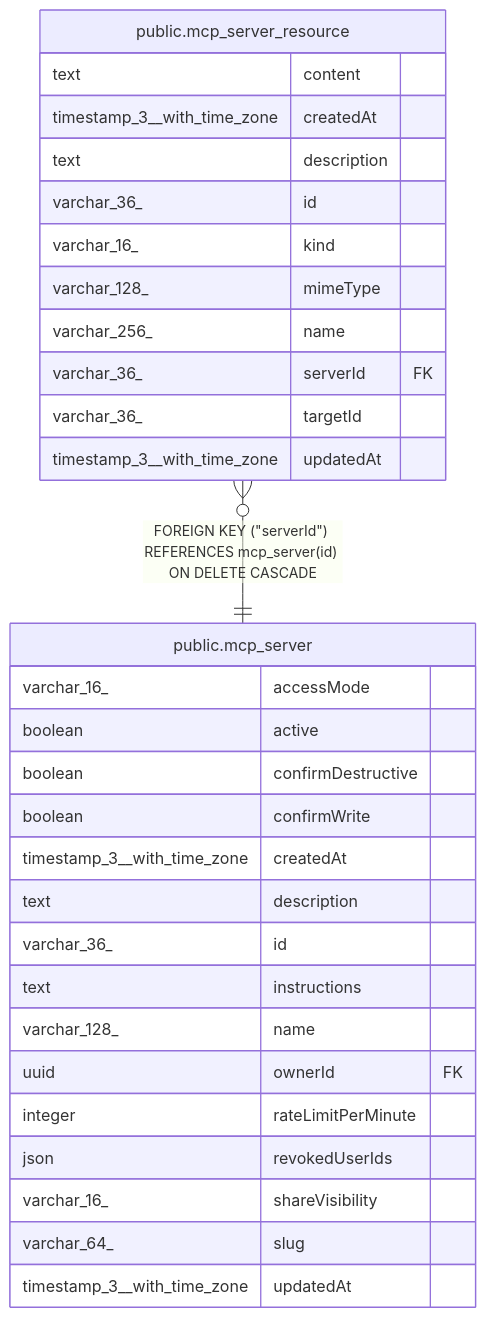
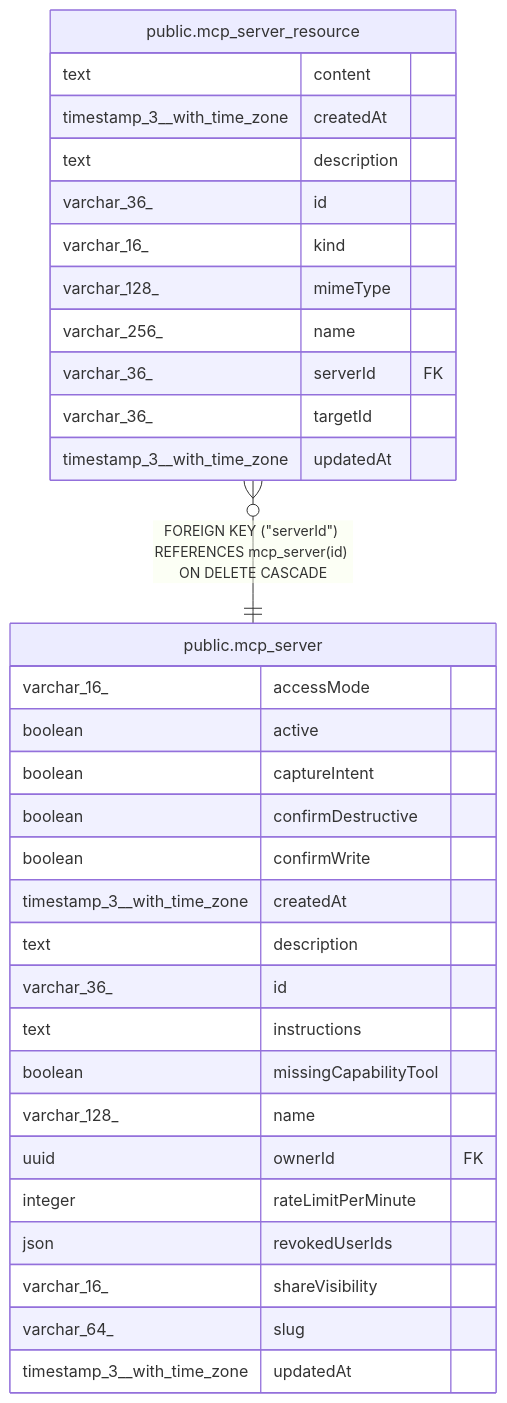
The diagram in docs/generated/postgres-schema/public.mcp_server_resource.md (Kimou-VM/n8n), drawn with Mermaid before and after one commit. The commit also changed 27 other files, not shown here.

Commit message:
feat(core): Add call reason, missing tool requests and sessions to MCP servers (no-changelog)

````diff
--- a/docs/generated/postgres-schema/public.mcp_server_resource.md
+++ b/docs/generated/postgres-schema/public.mcp_server_resource.md
@@ -42,35 +42,37 @@
 ```mermaid
 erDiagram
 
 "public.mcp_server_resource" }o--|| "public.mcp_server" : "FOREIGN KEY (#quot;serverId#quot;) REFERENCES mcp_server(id) ON DELETE CASCADE"
 
 "public.mcp_server_resource" {
   text content
   timestamp_3__with_time_zone createdAt
   text description
   varchar_36_ id
   varchar_16_ kind
   varchar_128_ mimeType
   varchar_256_ name
   varchar_36_ serverId FK
   varchar_36_ targetId
   timestamp_3__with_time_zone updatedAt
 }
 "public.mcp_server" {
   varchar_16_ accessMode
   boolean active
+  boolean captureIntent
   boolean confirmDestructive
   boolean confirmWrite
   timestamp_3__with_time_zone createdAt
   text description
   varchar_36_ id
   text instructions
+  boolean missingCapabilityTool
   varchar_128_ name
   uuid ownerId FK
   integer rateLimitPerMinute
   json revokedUserIds
   varchar_16_ shareVisibility
   varchar_64_ slug
   timestamp_3__with_time_zone updatedAt
 }
 ```
````
